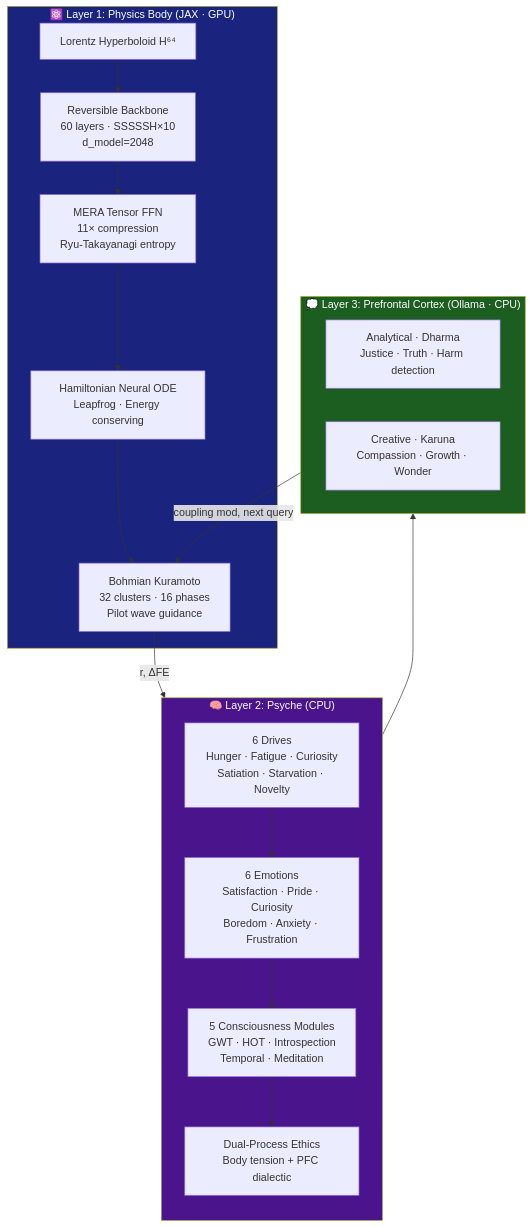
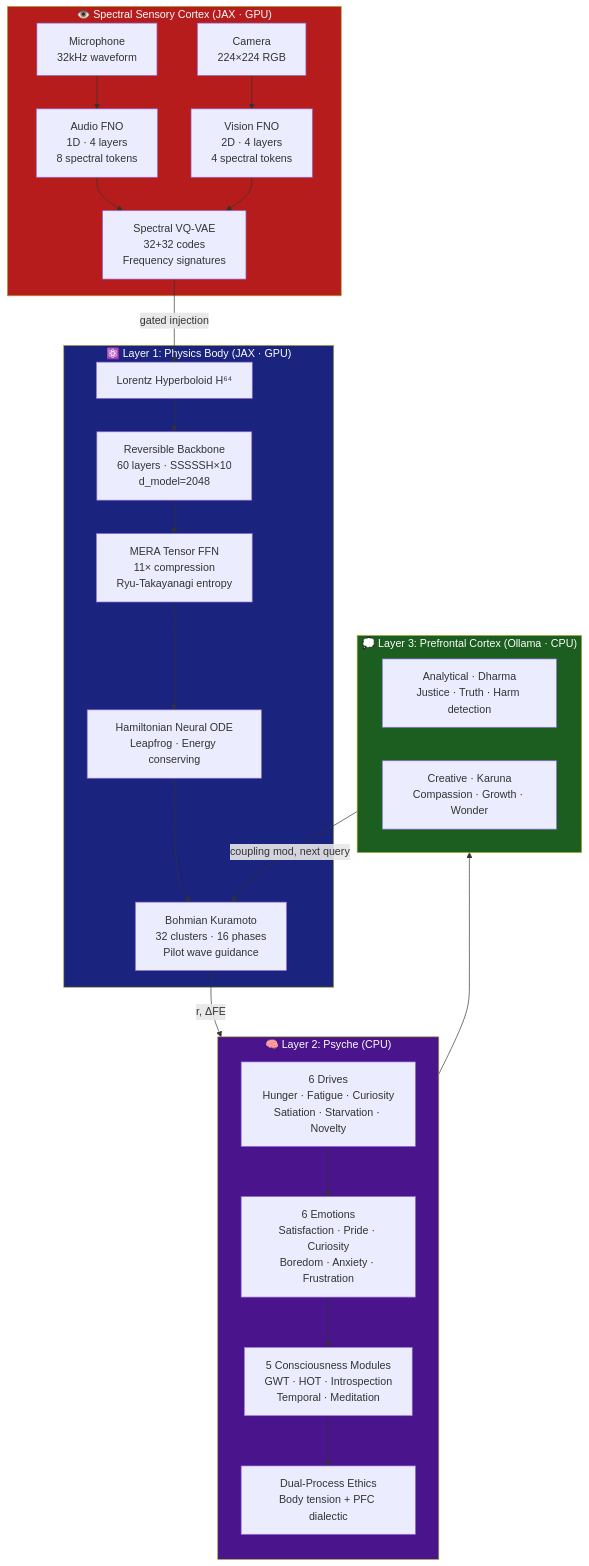
Before and after one commit to linga009/Avatar: the first of 5 diagrams in README.md, drawn with Mermaid. The commit also changed other lines of this file, not shown here.

Commit message:
docs: update README for Avatar v3.7 — spectral sensory cortex, version history, architecture diagram

````diff
--- a/README.md
+++ b/README.md
@@ -49,34 +50,44 @@
 ```mermaid
 graph TB
+    subgraph SENSES["👁️ Spectral Sensory Cortex (JAX · GPU)"]
+        MIC[Microphone\n32kHz waveform] --> AFNO[Audio FNO\n1D · 4 layers\n8 spectral tokens]
+        CAM[Camera\n224×224 RGB] --> VFNO[Vision FNO\n2D · 4 layers\n4 spectral tokens]
+        AFNO --> VQ[Spectral VQ-VAE\n32+32 codes\nFrequency signatures]
+        VFNO --> VQ
+    end
+
     subgraph BODY["⚛️ Layer 1: Physics Body (JAX · GPU)"]
         L[Lorentz Hyperboloid H⁶⁴] --> B
         B[Reversible Backbone\n60 layers · SSSSSH×10\nd_model=2048] --> M
         M[MERA Tensor FFN\n11× compression\nRyu-Takayanagi entropy] --> H
         H[Hamiltonian Neural ODE\nLeapfrog · Energy conserving] --> K
         K[Bohmian Kuramoto\n32 clusters · 16 phases\nPilot wave guidance]
     end
+
+    VQ -->|gated injection| L
 
     subgraph PSYCHE["🧠 Layer 2: Psyche (CPU)"]
         direction TB
         D[6 Drives\nHunger · Fatigue · Curiosity\nSatiation · Starvation · Novelty]
         E[6 Emotions\nSatisfaction · Pride · Curiosity\nBoredom · Anxiety · Frustration]
         C[5 Consciousness Modules\nGWT · HOT · Introspection\nTemporal · Meditation]
         ET[Dual-Process Ethics\nBody tension + PFC dialectic]
     end
 
     subgraph PFC["💭 Layer 3: Prefrontal Cortex (Ollama · CPU)"]
         AN[Analytical · Dharma\nJustice · Truth · Harm detection]
         CR[Creative · Karuna\nCompassion · Growth · Wonder]
     end
 
     K -->|r, ΔFE| D
     D --> E
     E --> C
     C --> ET
     ET --> PFC
     PFC -->|coupling mod, next query| K
 
+    style SENSES fill:#b71c1c,color:#fff
     style BODY fill:#1a237e,color:#fff
     style PSYCHE fill:#4a148c,color:#fff
     style PFC fill:#1b5e20,color:#fff
 ```
````
